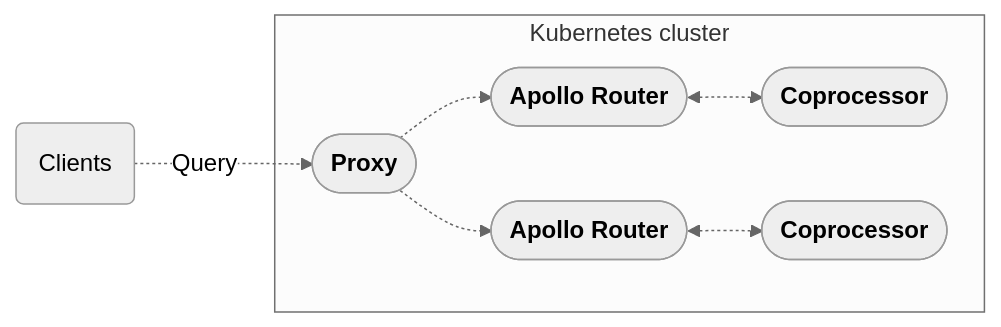
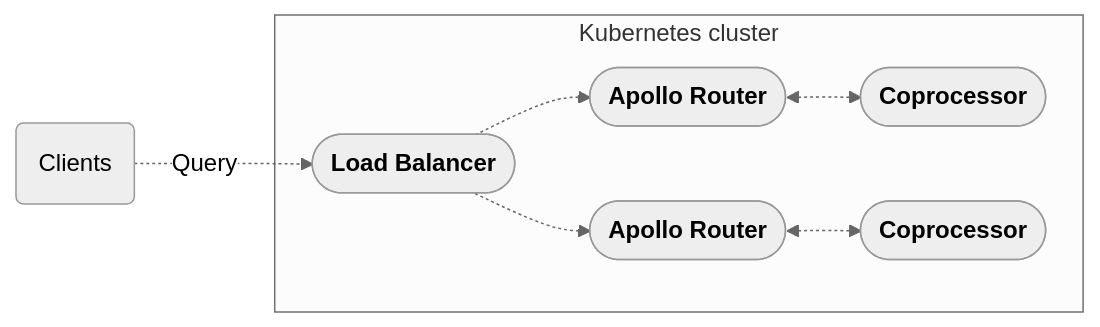
Before and after one commit to apollographql/router: the diagram in docs/source/containerization/kubernetes.mdx, drawn with Mermaid (neutral theme). The commit also changed other lines of this file and 1 other file, not shown here.

Commit message:
address review comments

````diff
--- a/docs/source/containerization/kubernetes.mdx
+++ b/docs/source/containerization/kubernetes.mdx
@@ -15,16 +13,16 @@
 ```mermaid
 flowchart LR;
   clients(Clients);
   subgraph "Kubernetes cluster";
-  proxy(["<b>Proxy</b>"])
+  lb(["<b>Load Balancer</b>"])
   router_a(["<b>Apollo Router</b>"]);
   coproc_a(["<b>Coprocessor</b>"]);
   router_b(["<b>Apollo Router</b>"]);
   coproc_b(["<b>Coprocessor</b>"]);
   router_a <-.-> coproc_a;
   router_b <-.-> coproc_b;
   end;
-  clients -.->|Query| proxy;
-  proxy -.-> router_a & router_b;
+  clients -.->|Query| lb;
+  lb -.-> router_a & router_b;
   class clients secondary;
 ```
````
